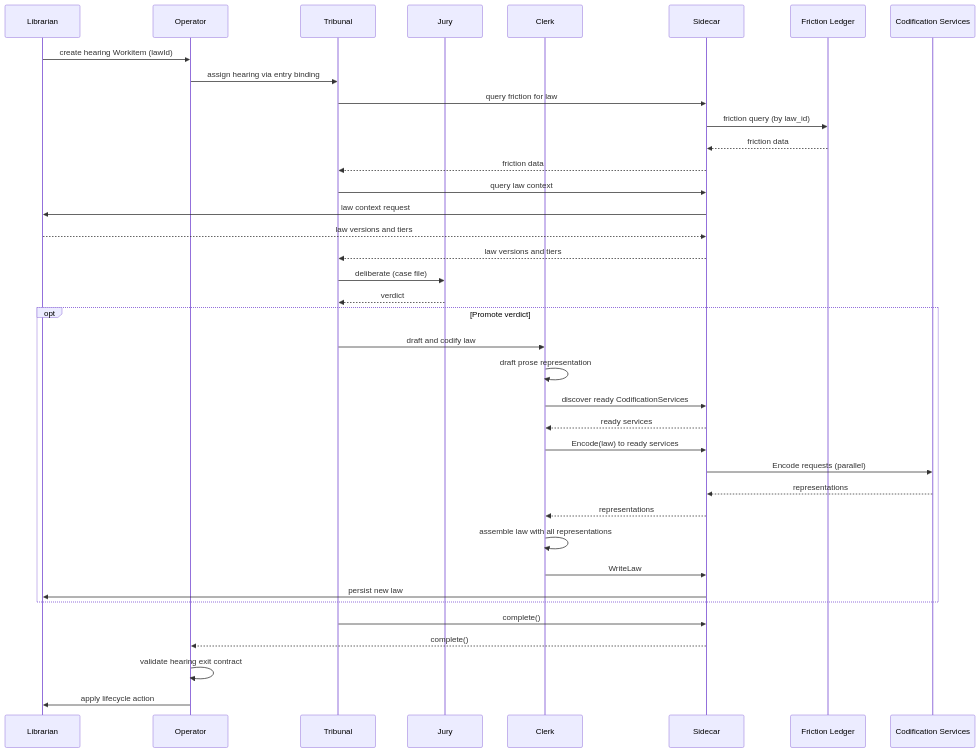
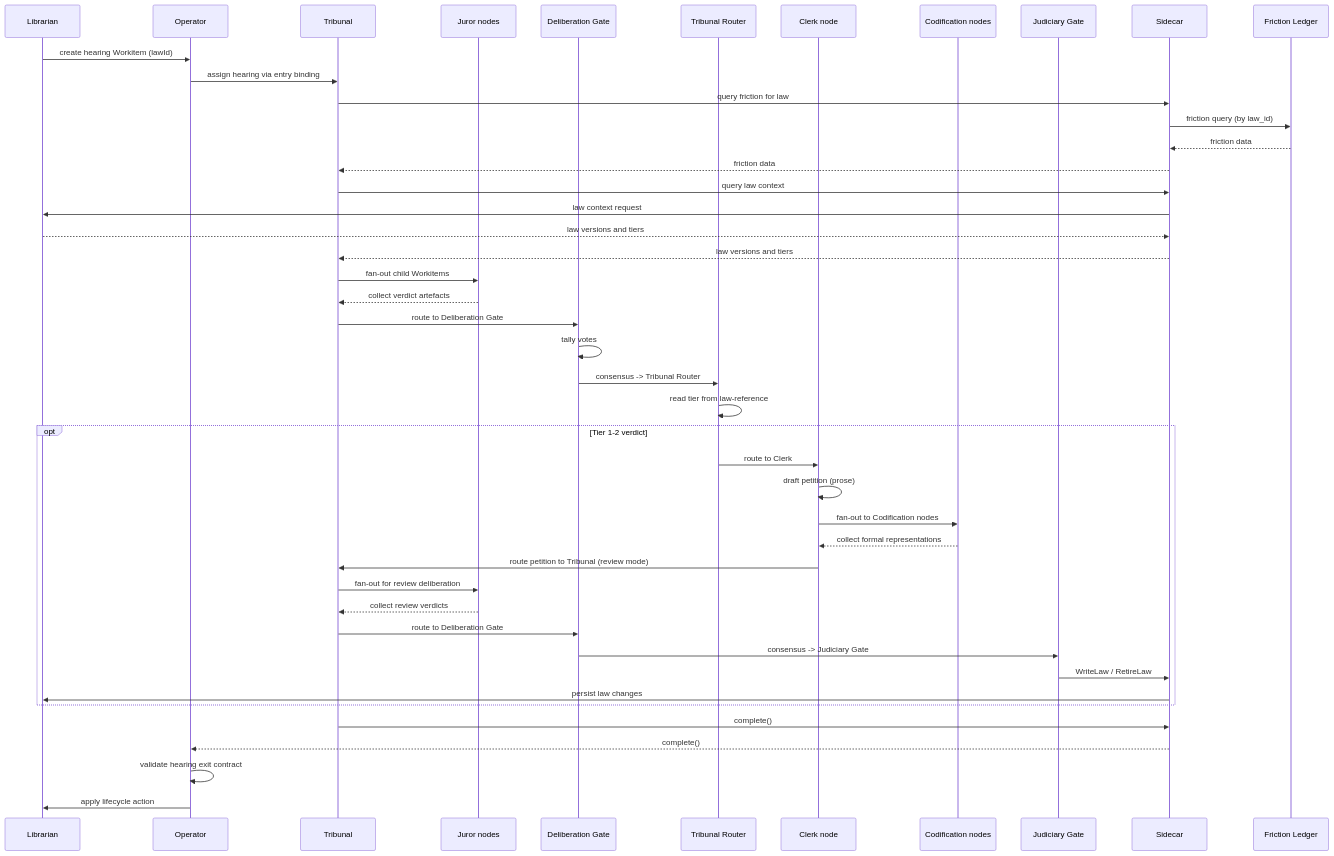
Before and after one commit to really-knows-ai/gideas: the fourth of 4 diagrams in specs/02-flow/04-system-services.md, drawn with Mermaid. The commit also changed other lines of this file and 20 other files, not shown here.

First line of the commit message:
docs: replace Jury/Clerk services with node-based judiciary across all specs (Phase 1)

````diff
--- a/specs/02-flow/04-system-services.md
+++ b/specs/02-flow/04-system-services.md
@@ -416,41 +374,48 @@
 ```mermaid
 sequenceDiagram
     participant LB as Librarian
     participant OP as Operator
     participant TB as Tribunal
-    participant JR as Jury
-    participant CL as Clerk
+    participant JR as Juror nodes
+    participant DG as Deliberation Gate
+    participant TR as Tribunal Router
+    participant CL as Clerk node
+    participant CN as Codification nodes
+    participant JG as Judiciary Gate
     participant SC as Sidecar
     participant FL as Friction Ledger
-    participant CS as Codification Services
 
     LB->>OP: create hearing Workitem (lawId)
     OP->>TB: assign hearing via entry binding
     TB->>SC: query friction for law
     SC->>FL: friction query (by law_id)
     FL-->>SC: friction data
     SC-->>TB: friction data
     TB->>SC: query law context
     SC->>LB: law context request
     LB-->>SC: law versions and tiers
     SC-->>TB: law versions and tiers
-    TB->>JR: deliberate (case file)
-    JR-->>TB: verdict
-    opt Promote verdict
-        TB->>CL: draft and codify law
-        CL->>CL: draft prose representation
-        CL->>SC: discover ready CodificationServices
-        SC-->>CL: ready services
-        CL->>SC: Encode(law) to ready services
-        SC->>CS: Encode requests (parallel)
-        CS-->>SC: representations
-        SC-->>CL: representations
-        CL->>CL: assemble law with all representations
-        CL->>SC: WriteLaw
-        SC->>LB: persist new law
+    TB->>JR: fan-out child Workitems
+    JR-->>TB: collect verdict artefacts
+    TB->>DG: route to Deliberation Gate
+    DG->>DG: tally votes
+    DG->>TR: consensus -> Tribunal Router
+    TR->>TR: read tier from law-reference
+    opt Tier 1-2 verdict
+        TR->>CL: route to Clerk
+        CL->>CL: draft petition (prose)
+        CL->>CN: fan-out to Codification nodes
+        CN-->>CL: collect formal representations
+        CL->>TB: route petition to Tribunal (review mode)
+        TB->>JR: fan-out for review deliberation
+        JR-->>TB: collect review verdicts
+        TB->>DG: route to Deliberation Gate
+        DG->>JG: consensus -> Judiciary Gate
+        JG->>SC: WriteLaw / RetireLaw
+        SC->>LB: persist law changes
     end
     TB->>SC: complete()
     SC-->>OP: complete()
     OP->>OP: validate hearing exit contract
     OP->>LB: apply lifecycle action
 ```
````
